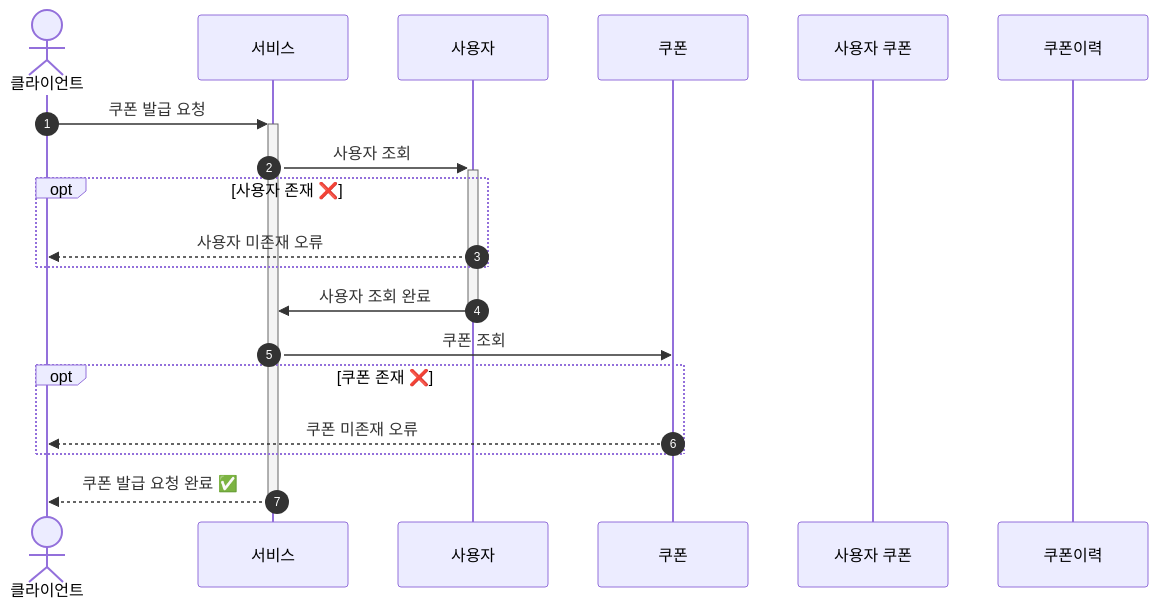
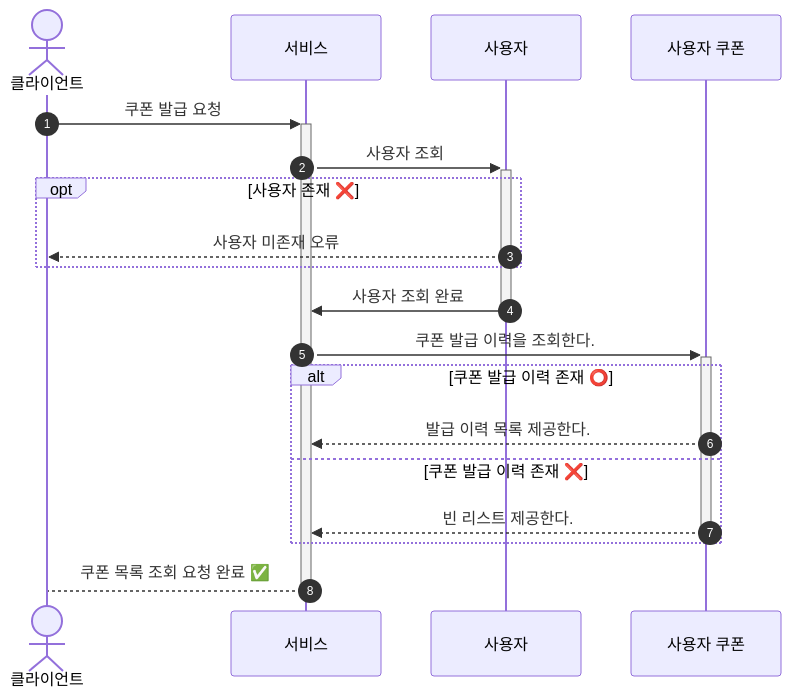
Before and after one commit to jih3508/hanghea_plus_backend_8th: the fifth of 7 diagrams in 2week/docs/시퀌스 다이어그램.md, drawn with Mermaid. The commit also changed other lines of this file and 1 other file, not shown here.

````diff
--- a/2week/docs/시퀌스 다이어그램.md
+++ b/2week/docs/시퀌스 다이어그램.md
@@ -91,25 +132,25 @@
 ```mermaid
 sequenceDiagram
     autonumber
     actor 클라이언트
     participant 서비스
     participant 사용자
-    participant 쿠폰
     participant 사용자 쿠폰
-    participant 쿠폰이력
+
     클라이언트 ->>+ 서비스: 쿠폰 발급 요청
     서비스 ->>+ 사용자: 사용자 조회
-    
+
     opt 사용자 존재 ❌
         사용자 -->> 클라이언트: 사용자 미존재 오류
     end
     사용자 ->>- 서비스: 사용자 조회 완료
     
-    서비스 ->> 쿠폰: 쿠폰 조회
-    opt 쿠폰 존재 ❌
-        쿠폰 -->> 클라이언트: 쿠폰 미존재 오류
+    서비스 ->>+ 사용자 쿠폰: 쿠폰 발급 이력을 조회한다.
+    alt 쿠폰 발급 이력 존재 ⭕️
+        사용자 쿠폰 -->> 서비스: 발급 이력 목록 제공한다.
+    else 쿠폰 발급 이력 존재 ❌
+        사용자 쿠폰 -->>- 서비스: 빈 리스트 제공한다.
     end
-    
-    서비스 -->>- 클라이언트: 쿠폰 발급 요청 완료 ✅
-
+        
+    서비스 -->- 클라이언트:  쿠폰 목록 조회 요청 완료 ✅
 ```
````
